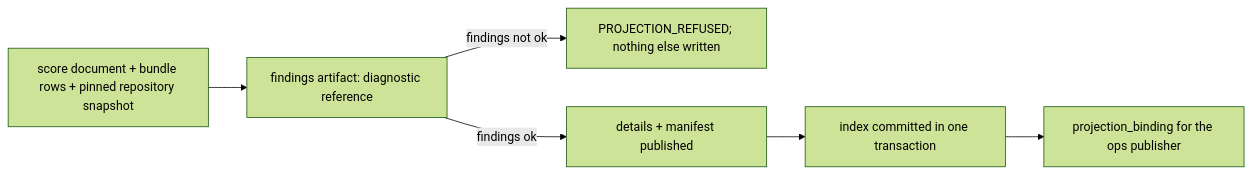
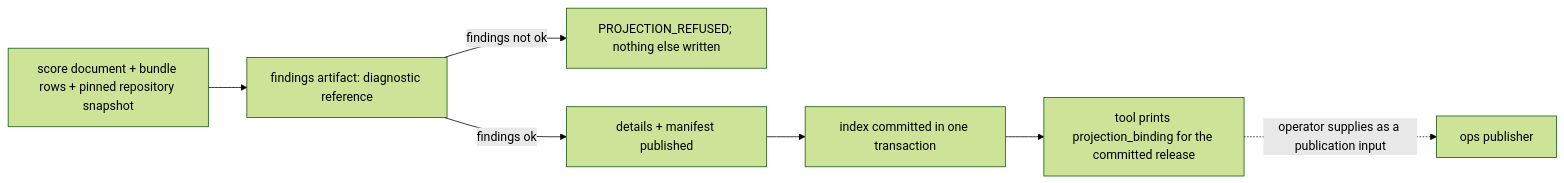
Before and after one commit to yshewchuk/investment-validation: the second of 2 diagrams in engine/v2/serving/ARCHITECTURE.md, drawn with Mermaid (forest theme).

Commit message:
docs(serving): show the projection binding as an operator-supplied publisher input (#190)
Claude-Session: https://claude.ai/code/session_01QUihknYBdZNzYKP1X1yr1K

````diff
--- a/engine/v2/serving/ARCHITECTURE.md
+++ b/engine/v2/serving/ARCHITECTURE.md
@@ -57,8 +57,9 @@
 ```mermaid
 flowchart LR
   In[score document + bundle rows + pinned repository snapshot] --> Findings[findings artifact: diagnostic reference]
   Findings -->|findings not ok| Refused[PROJECTION_REFUSED; nothing else written]
   Findings -->|findings ok| Publish[details + manifest published]
   Publish --> Commit[index committed in one transaction]
-  Commit --> Binding[projection_binding for the ops publisher]
+  Commit --> Binding[tool prints projection_binding for the committed release]
+  Binding -.->|operator supplies as a publication input| Ops[ops publisher]
 ```
````
